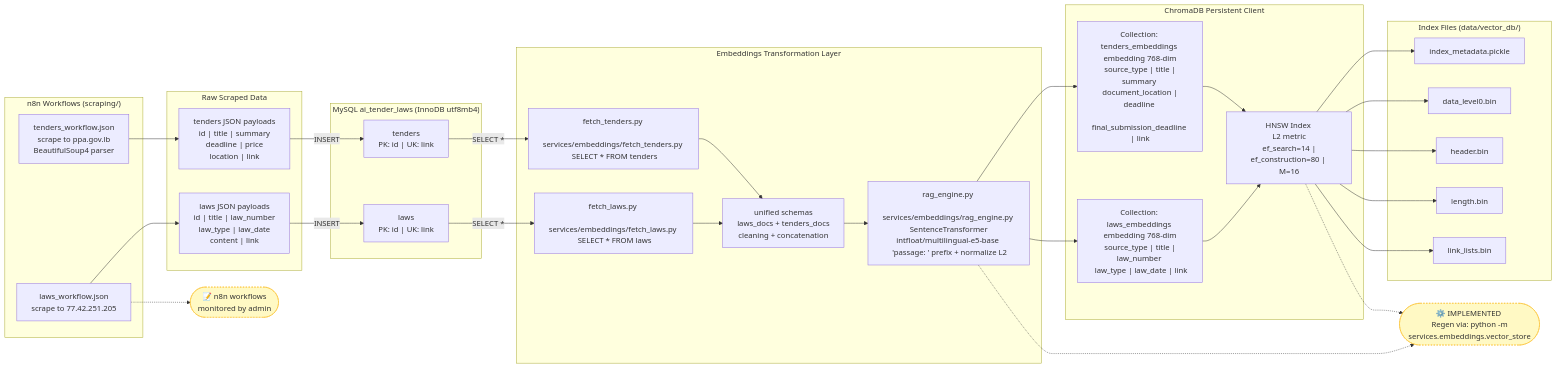
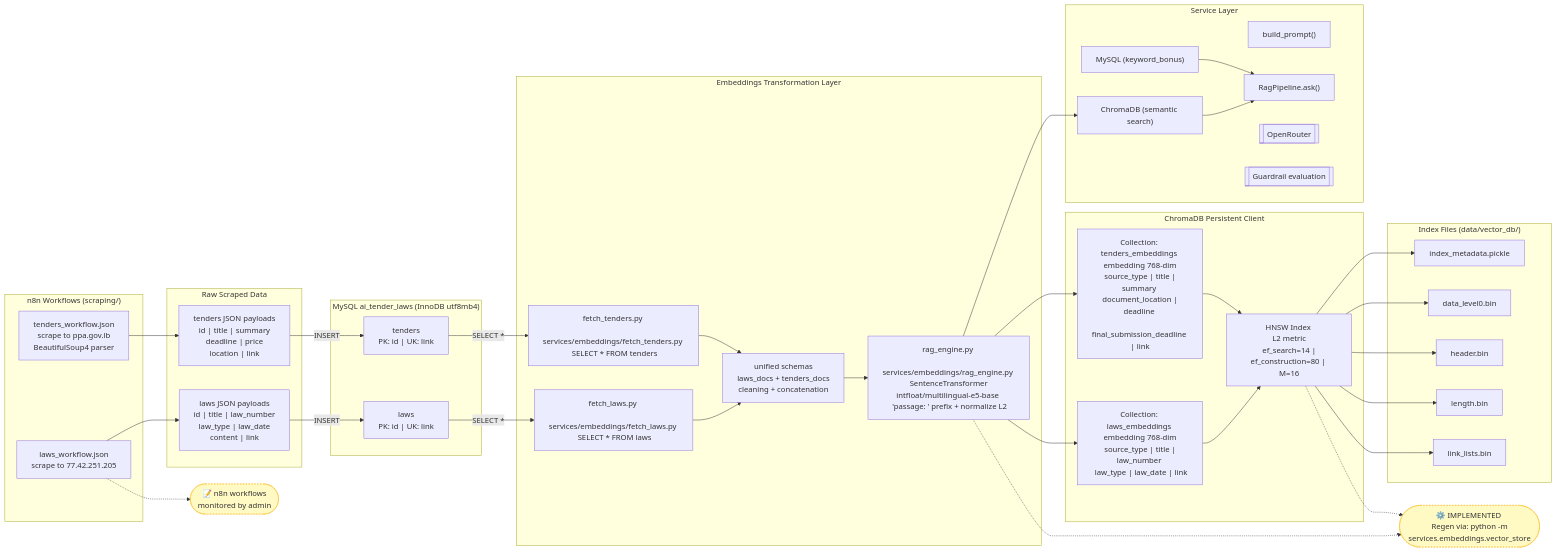
Before and after one commit to danielgh427/aljarida-alrasmiya: the diagram in docs/architecture/diagram-04-embeddings-pipeline.mermaid, drawn with Mermaid. The commit also changed 9 other files, not shown here.

```diff
--- a/docs/architecture/diagram-04-embeddings-pipeline.mermaid
+++ b/docs/architecture/diagram-04-embeddings-pipeline.mermaid
@@ -1,71 +1,85 @@
 flowchart LR
     subgraph N8N["n8n Workflows (scraping/)"]
         W1["laws_workflow.json <br> scrape to 77.42.251.205"]
         W2["tenders_workflow.json <br> scrape to ppa.gov.lb <br> BeautifulSoup4 parser"]
     end
 
     subgraph RAW["Raw Scraped Data"]
         D1["laws JSON payloads <br> id | title | law_number <br> law_type | law_date <br> content | link"]
         D2["tenders JSON payloads <br> id | title | summary <br> deadline | price <br> location | link"]
     end
 
     subgraph MYSQL_DB["MySQL ai_tender_laws (InnoDB utf8mb4)"]
         T1["laws <br> PK: id | UK: link"]
         T2["tenders <br> PK: id | UK: link"]
     end
 
     subgraph TRANSFORM["Embeddings Transformation Layer"]
         F1["fetch_laws.py <br> services/embeddings/fetch_laws.py <br> SELECT * FROM laws"]
         F2["fetch_tenders.py <br> services/embeddings/fetch_tenders.py <br> SELECT * FROM tenders"]
         AGGR["unified schemas <br> laws_docs + tenders_docs <br> cleaning + concatenation"]
         GEN["rag_engine.py <br> services/embeddings/rag_engine.py <br> SentenceTransformer intfloat/multilingual-e5-base <br> 'passage: ' prefix + normalize L2"]
     end
 
     subgraph CHROMA_DB["ChromaDB Persistent Client"]
         C1["Collection: laws_embeddings <br> embedding 768-dim <br> source_type | title | law_number <br> law_type | law_date | link"]
         C2["Collection: tenders_embeddings <br> embedding 768-dim <br> source_type | title | summary <br> document_location | deadline <br> final_submission_deadline | link"]
         IDX["HNSW Index <br> L2 metric <br> ef_search=14 | ef_construction=80 | M=16"]
     end
 
     subgraph IDX_FILES["Index Files (data/vector_db/)"]
         FN1["index_metadata.pickle"]
         FN2["data_level0.bin"]
         FN3["header.bin"]
         FN4["length.bin"]
         FN5["link_lists.bin"]
     end
 
+    subgraph SERVICE["Service Layer"]
+        BP["build_prompt()"]
+        RP["RagPipeline.ask()"]
+        CE["ChromaDB (semantic search)"]
+        MQ["MySQL (keyword_bonus)"]
+        L[["OpenRouter"]]
+        CG[["Guardrail evaluation"]]
+    end
+
     %% Annotations / Notes replaced with Flowchart-compatible styling
     N8N_NOTE(["📝 n8n workflows <br> monitored by admin"])
     GEN_NOTE(["⚙️ IMPLEMENTED <br> Regen via: python -m services.embeddings.vector_store"])
 
     %% Data Flow Connections
     W1 --> D1
     W2 --> D2
     D1 -->|INSERT| T1
     D2 -->|INSERT| T2
 
     T1 -->|SELECT *| F1
     T2 -->|SELECT *| F2
     F1 --> AGGR
     F2 --> AGGR
     AGGR --> GEN
     GEN --> C1
     GEN --> C2
 
     C1 --> IDX
     C2 --> IDX
     IDX --> FN1
     IDX --> FN2
     IDX --> FN3
     IDX --> FN4
     IDX --> FN5
 
+    %% Service Layer Routing
+    CE --> RP
+    MQ --> RP
+    GEN --> CE
+
     %% Pinned Annotations
     W1 -.-> N8N_NOTE
     GEN -.-> GEN_NOTE
     IDX -.-> GEN_NOTE
     
     %% Styling notes distinctively
     style N8N_NOTE fill:#fff9c4,stroke:#fbc02d,stroke-width:1px,stroke-dasharray: 3 3;
     style GEN_NOTE fill:#fff9c4,stroke:#fbc02d,stroke-width:1px,stroke-dasharray: 3 3;
```
